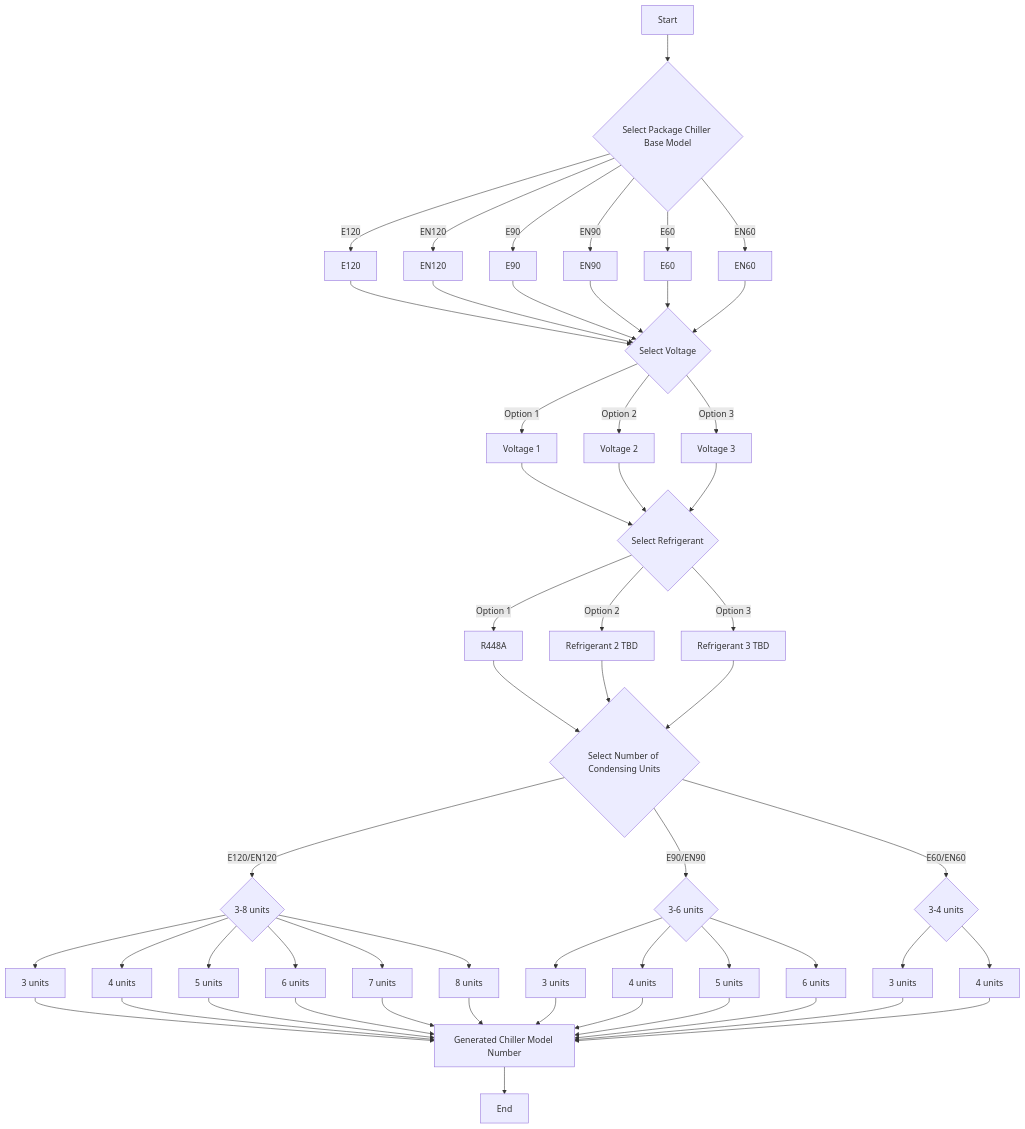
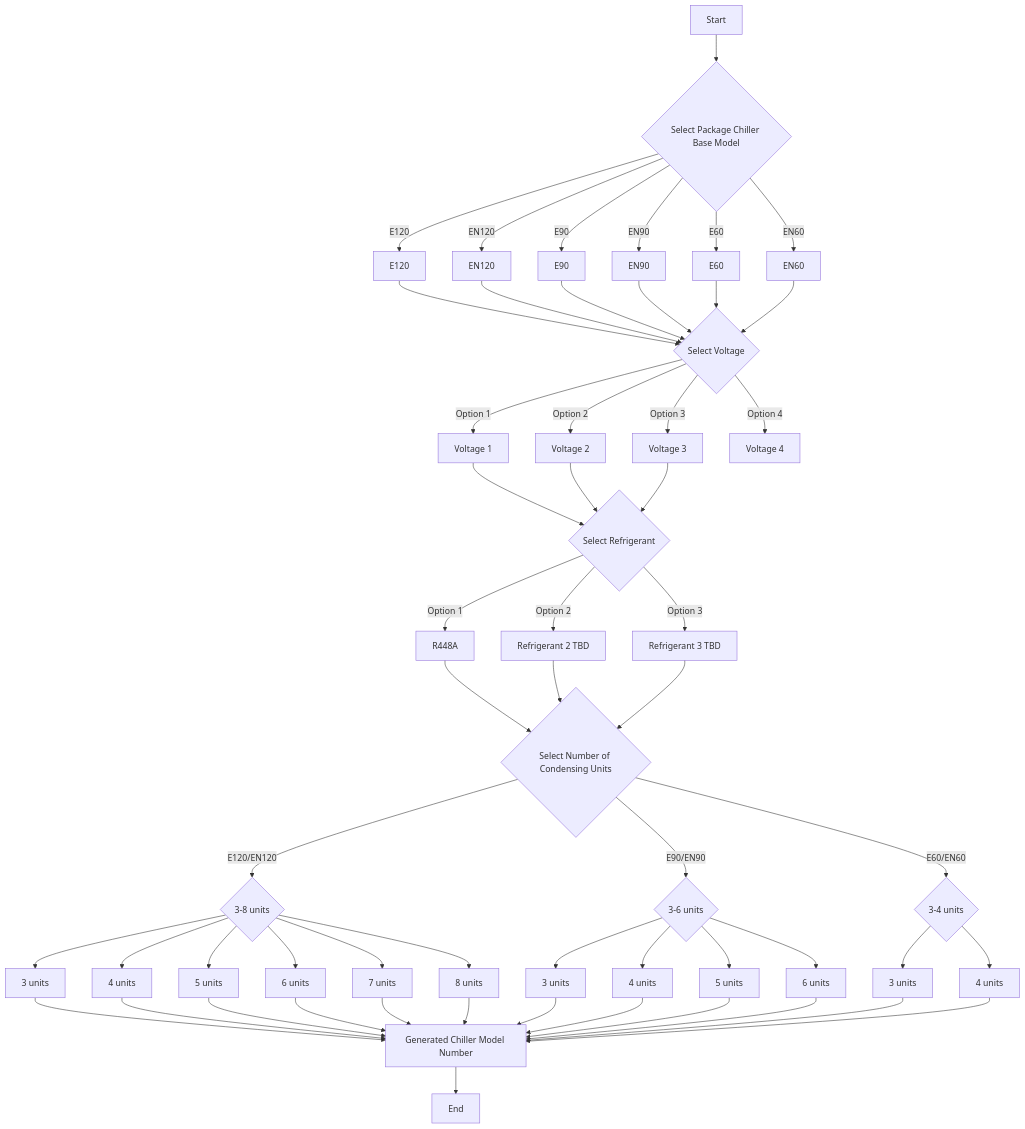
One commit to randomBullets/ProductNumberFlowChart changed the diagram in PNFLC.MD. Above: the diagram before and after it, drawn with Mermaid.

Commit message:
Update PNFLC.MD
The updated process for determining the part number now includes:

Select one of the 6 available models (E120, EN120, E90, EN90, E60, EN60).
Choose one of the 4 voltage options.
Select one of the 3 refrigerant options (R448A or one of the two placeholders).
Choose the number of internal mini units, which is still limited based on the chosen model.
Based on these selections, a unique part number will be generated.

This new structure further increases the total number of possible combinations:

E120/EN120: 2 (models) × 4 (voltage options) × 3 (refrigerant options) × 6 (mini unit options) = 144 combinations
E90/EN90: 2 (models) × 4 (voltage options) × 3 (refrigerant options) × 4 (mini unit options) = 96 combinations
E60/EN60: 2 (models) × 4 (voltage options) × 3 (refrigerant options) × 2 (mini unit options) = 48 combinations

In total, there are now 288 unique combinations in your product line.

````diff
--- a/PNFLC.MD
+++ b/PNFLC.MD
@@ -1,43 +1,44 @@
 ```mermaid
 graph TD
     A[Start] --> B{Select Package Chiller Base Model}
     B -->|E120| C1[E120]
     B -->|EN120| C2[EN120]
     B -->|E90| C3[E90]
     B -->|EN90| C4[EN90]
     B -->|E60| C5[E60]
     B -->|EN60| C6[EN60]
 
     C1 & C2 & C3 & C4 & C5 & C6 --> D{Select Voltage}
     D -->|Option 1| E1[Voltage 1]
     D -->|Option 2| E2[Voltage 2]
     D -->|Option 3| E3[Voltage 3]
+    D -->|Option 4| E4[Voltage 4]
 
     E1 & E2 & E3 --> R{Select Refrigerant}
     R -->|Option 1| R1[R448A]
     R -->|Option 2| R2[Refrigerant 2 TBD]
     R -->|Option 3| R3[Refrigerant 3 TBD]
 
     R1 & R2 & R3 --> F{Select Number of Condensing Units}
     F -->|E120/EN120| G1{3-8 units}
     F -->|E90/EN90| G2{3-6 units}
     F -->|E60/EN60| G3{3-4 units}
 
     G1 --> H1[3 units]
     G1 --> H2[4 units]
     G1 --> H3[5 units]
     G1 --> H4[6 units]
     G1 --> H5[7 units]
     G1 --> H6[8 units]
 
     G2 --> I1[3 units]
     G2 --> I2[4 units]
     G2 --> I3[5 units]
     G2 --> I4[6 units]
 
     G3 --> J1[3 units]
     G3 --> J2[4 units]
 
     H1 & H2 & H3 & H4 & H5 & H6 & I1 & I2 & I3 & I4 & J1 & J2 --> K[Generated Chiller Model Number]
     K --> L[End]
 ```
````
